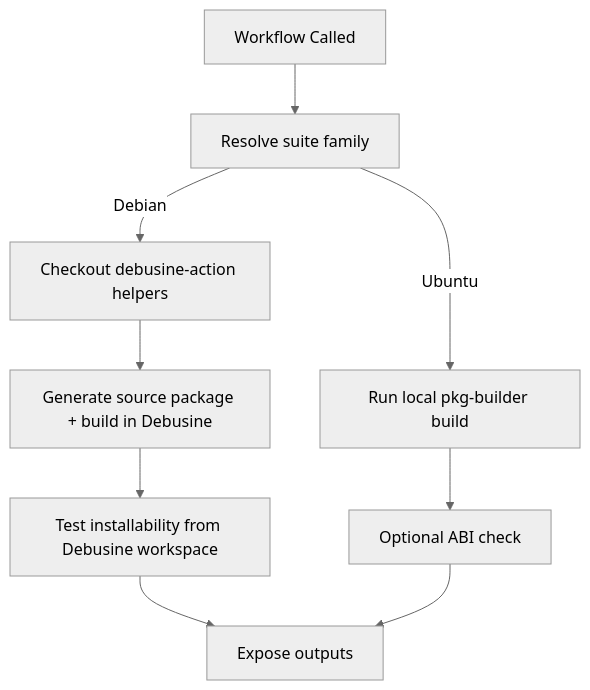
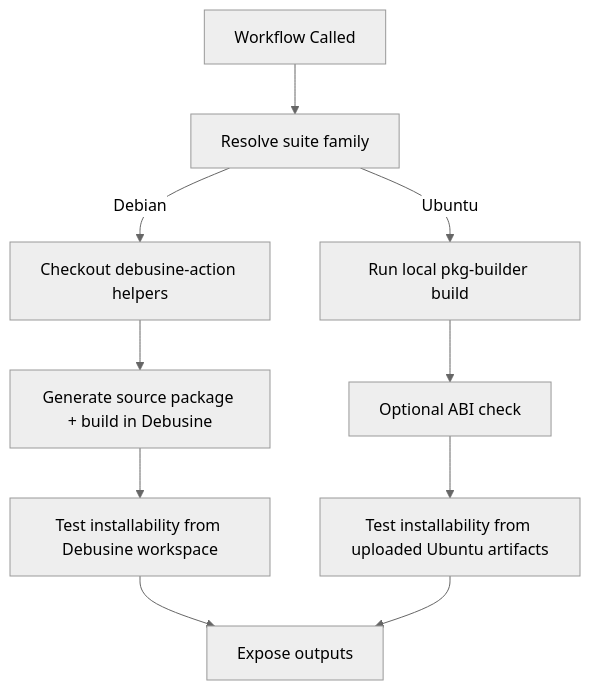
The first of 7 diagrams in docs/reusable-workflows.md (qualcomm-linux/qcom-build-utils), drawn with Mermaid (neutral theme) before and after one commit. The commit also changed other lines of this file and 1 other file, not shown here.

Commit message:
Add shared Debian and Ubuntu post-build tests
Run the package test path through a shared post-build step for
Debian and Ubuntu suites, and document the updated reusable
workflow behavior.

````diff
--- a/docs/reusable-workflows.md
+++ b/docs/reusable-workflows.md
@@ -27,11 +27,12 @@
 ```mermaid
 flowchart TD
     A[Workflow Called] --> B[Resolve suite family]
     B -->|Debian| C[Checkout debusine-action helpers]
     C --> D[Generate source package + build in Debusine]
     D --> E[Test installability from Debusine workspace]
     B -->|Ubuntu| F[Run local pkg-builder build]
     F --> G[Optional ABI check]
+    G --> I[Test installability from uploaded Ubuntu artifacts]
     E --> H[Expose outputs]
-    G --> H
+    I --> H
 ```
````
